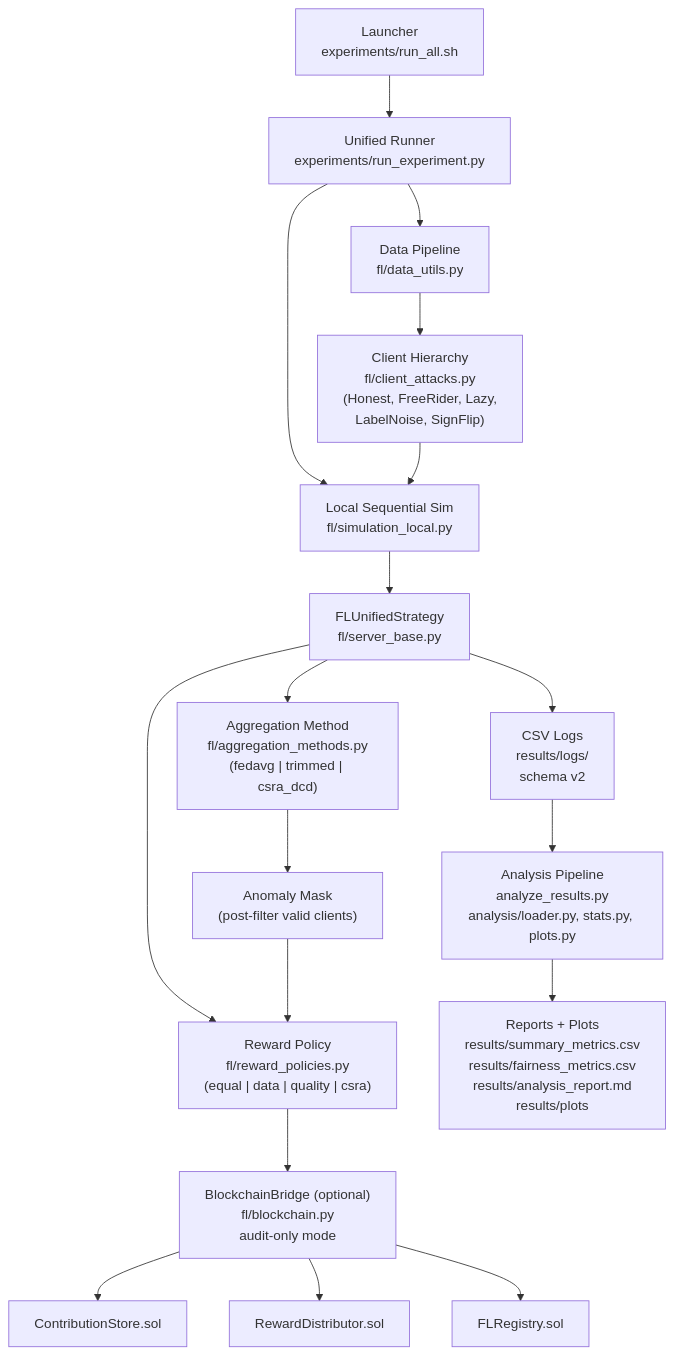
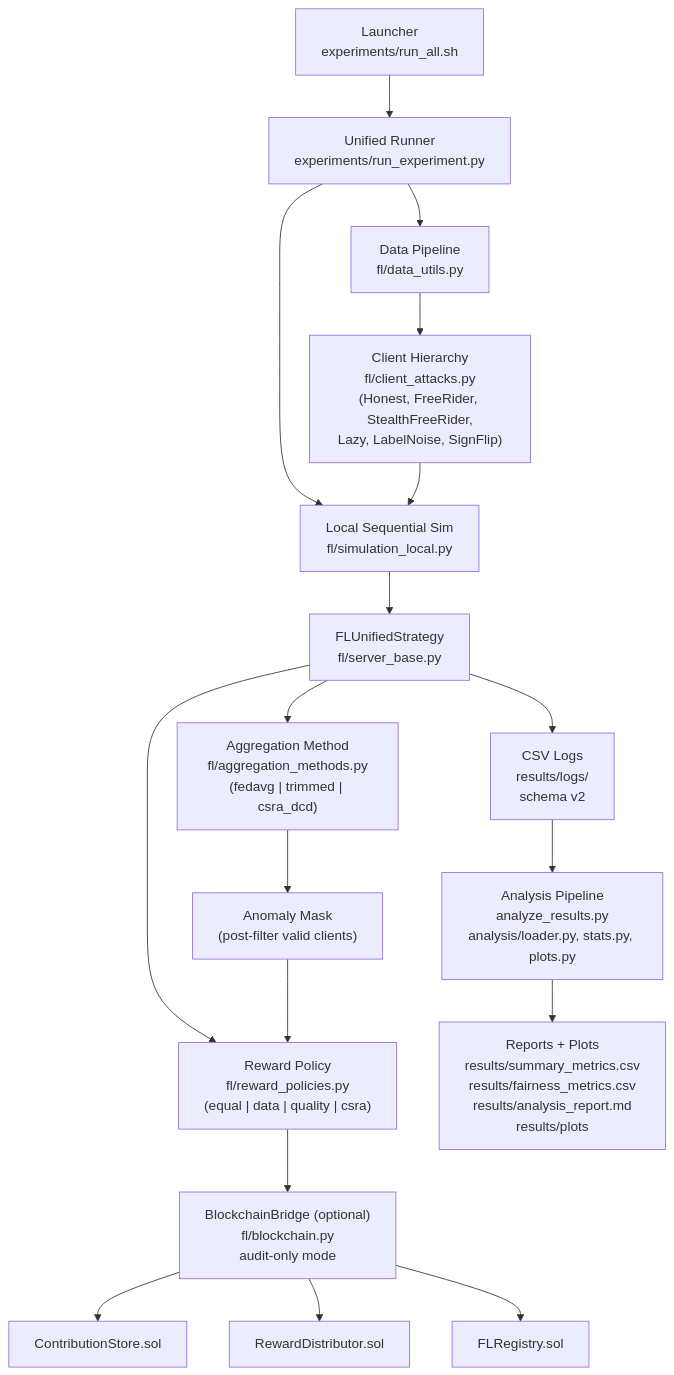
The diagram in README.md (PhanHongDatt/DACN), drawn with Mermaid before and after one commit. The commit also changed other lines of this file and 136 other files, not shown here.

Commit message:
cap nhat them chong free rider

````diff
--- a/README.md
+++ b/README.md
@@ -31,29 +31,29 @@
 ```mermaid
 flowchart TB
     CLI["Launcher<br/>experiments/run_all.sh"] --> Runner["Unified Runner<br/>experiments/run_experiment.py"]
 
     Runner --> Data["Data Pipeline<br/>fl/data_utils.py"]
     Runner --> Sim["Local Sequential Sim<br/>fl/simulation_local.py"]
 
-    Data --> Clients["Client Hierarchy<br/>fl/client_attacks.py<br/>(Honest, FreeRider, Lazy,<br/>LabelNoise, SignFlip)"]
+    Data --> Clients["Client Hierarchy<br/>fl/client_attacks.py<br/>(Honest, FreeRider, StealthFreeRider,<br/>Lazy, LabelNoise, SignFlip)"]
     Clients --> Sim
 
     Sim --> Strategy["FLUnifiedStrategy<br/>fl/server_base.py"]
 
     Strategy --> Agg["Aggregation Method<br/>fl/aggregation_methods.py<br/>(fedavg | trimmed | csra_dcd)"]
     Strategy --> Reward["Reward Policy<br/>fl/reward_policies.py<br/>(equal | data | quality | csra)"]
 
     Agg --> Filter["Anomaly Mask<br/>(post-filter valid clients)"]
     Filter --> Reward
 
     Reward --> Bridge["BlockchainBridge (optional)<br/>fl/blockchain.py<br/>audit-only mode"]
 
     Bridge --> Store["ContributionStore.sol"]
     Bridge --> RewardC["RewardDistributor.sol"]
     Bridge --> Registry["FLRegistry.sol"]
 
     Strategy --> Logs["CSV Logs<br/>results/logs/<br/>schema v2"]
 
     Logs --> Analysis["Analysis Pipeline<br/>analyze_results.py<br/>analysis/loader.py, stats.py, plots.py"]
     Analysis --> Outputs["Reports + Plots<br/>results/summary_metrics.csv<br/>results/fairness_metrics.csv<br/>results/analysis_report.md<br/>results/plots"]
 ```
````
